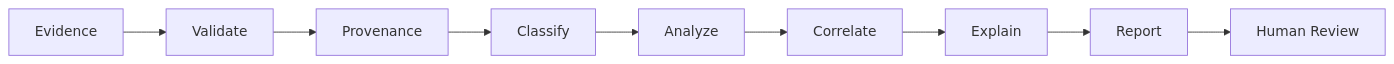
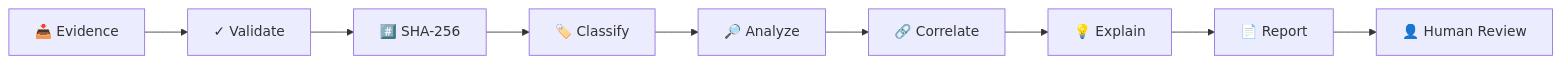
One commit to HaziqBinAfzal/AquaVigil changed the second of 10 diagrams in README.md. Above: the diagram before and after it, drawn with Mermaid. The commit also changed other lines of this file, not shown here.

````diff
--- a/README.md
+++ b/README.md
@@ -91,11 +155,11 @@
 ```mermaid
 flowchart LR
-    A["Evidence"] --> B["Validate"]
-    B --> C["Provenance"]
-    C --> D["Classify"]
-    D --> E["Analyze"]
-    E --> F["Correlate"]
-    F --> G["Explain"]
-    G --> H["Report"]
-    H --> I["Human Review"]
+    A["📥 Evidence"] --> B["✓ Validate"]
+    B --> C["#️⃣ SHA-256"]
+    C --> D["🏷️ Classify"]
+    D --> E["🔎 Analyze"]
+    E --> F["🔗 Correlate"]
+    F --> G["💡 Explain"]
+    G --> H["📄 Report"]
+    H --> I["👤 Human Review"]
 ```
````
